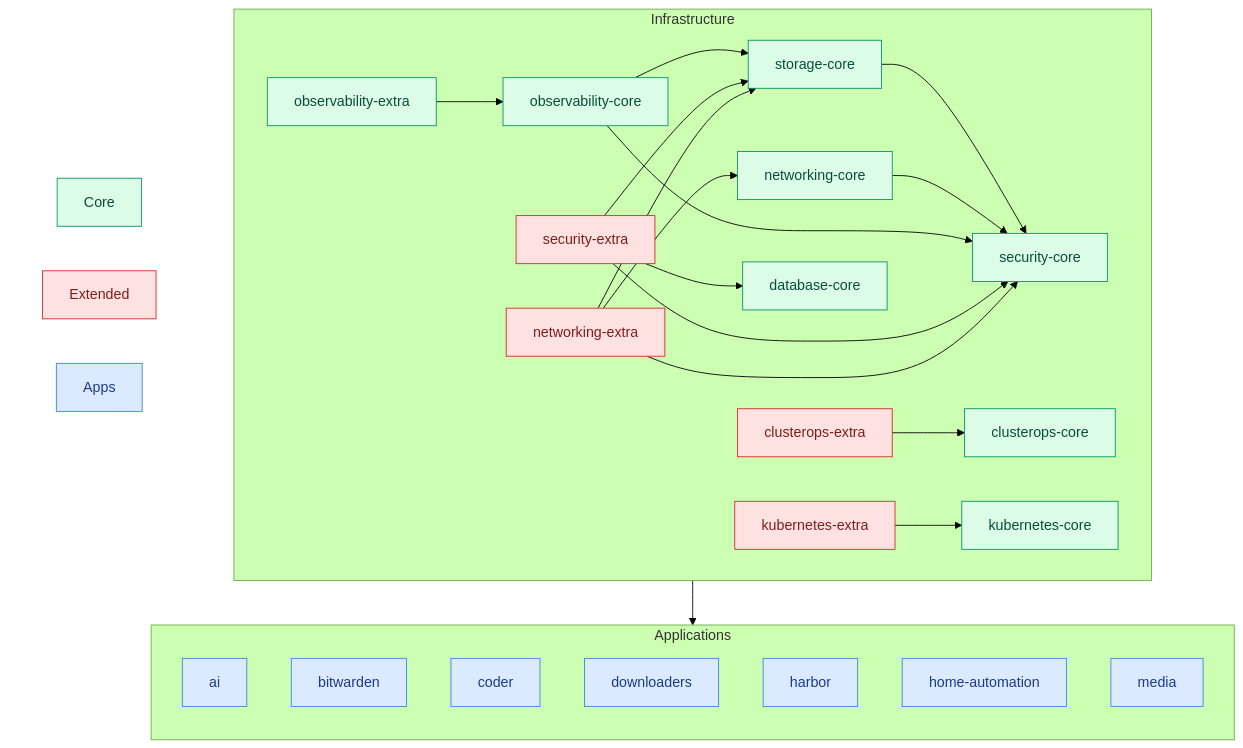
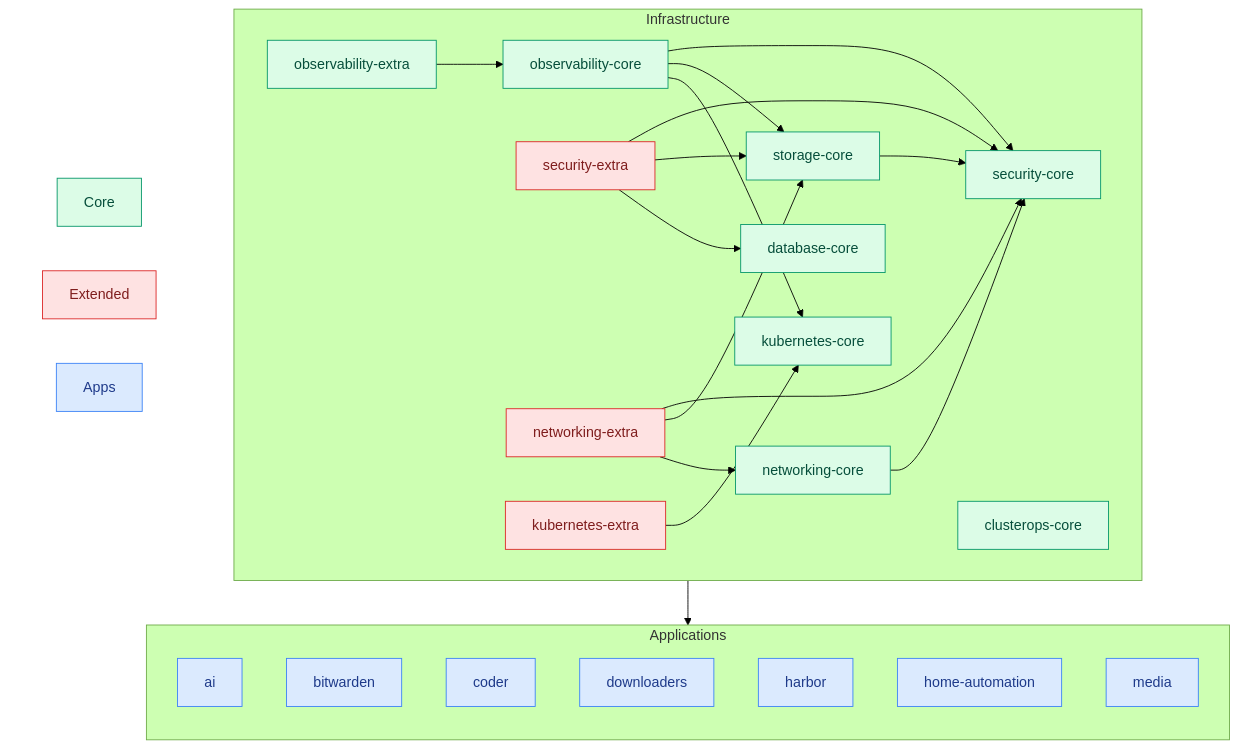
Before and after one commit to ppat/homelab-ops-kubernetes-apps: the fourth of 8 diagrams in projectBrief.md, drawn with Mermaid (forest theme). The commit also changed 13 other files, not shown here.

Commit message:
refactor(infra-kubernetes-core): move node-feature-discovery + vpa from kubernetes-extra -> kubernetes-core module (#1726)

````diff
--- a/projectBrief.md
+++ b/projectBrief.md
@@ -226,62 +226,61 @@
 ```mermaid
 flowchart TB
     %% Color scheme with better contrast
     classDef core fill:#dcfce7,stroke:#059669,color:#064e3b
     classDef extra fill:#fee2e2,stroke:#dc2626,color:#7f1d1d
     classDef apps fill:#dbeafe,stroke:#3b82f6,color:#1e3a8a
     classDef subgraphStyle fill:#ffffff,stroke:#94a3b8,color:#334155
     classDef legend fill:none,stroke:none
 
     subgraph Infrastructure["Infrastructure"]
         %% Core Components
         security-core[security-core]:::core
         storage-core[storage-core]:::core
         kubernetes-core[kubernetes-core]:::core
         networking-core[networking-core]:::core
         clusterops-core[clusterops-core]:::core
         observability-core[observability-core]:::core
         database-core[database-core]:::core
 
         %% Extended Components
         kubernetes-extra[kubernetes-extra]:::extra
-        clusterops-extra[clusterops-extra]:::extra
         security-extra[security-extra]:::extra
         networking-extra[networking-extra]:::extra
         observability-extra[observability-extra]:::core
     end
 
     %% Core Dependencies
     storage-core & networking-core & observability-core --> security-core
     observability-core --> storage-core
+    observability-core --> kubernetes-core
 
     %% Extra Dependencies
-    clusterops-extra --> clusterops-core
     security-extra --> security-core & storage-core & database-core
     networking-extra --> security-core & storage-core & networking-core
     observability-extra --> observability-core
     kubernetes-extra --> kubernetes-core
 
     subgraph Apps["Applications"]
         direction TB
         apps-ai[ai]:::apps
         apps-bitwarden[bitwarden]:::apps
         apps-coder[coder]:::apps
         apps-downloaders[downloaders]:::apps
         apps-harbor[harbor]:::apps
         apps-home-automation[home-automation]:::apps
         apps-media[media]:::apps
     end
 
     %% Main dependency
     Infrastructure --> Apps
 
     %% Simple legend at bottom
     subgraph Legend[" "]
         direction LR
         leg_core[Core]:::core
         leg_extra[Extended]:::extra
         leg_apps[Apps]:::apps
     end
 
     class Legend legend
 ```
````
